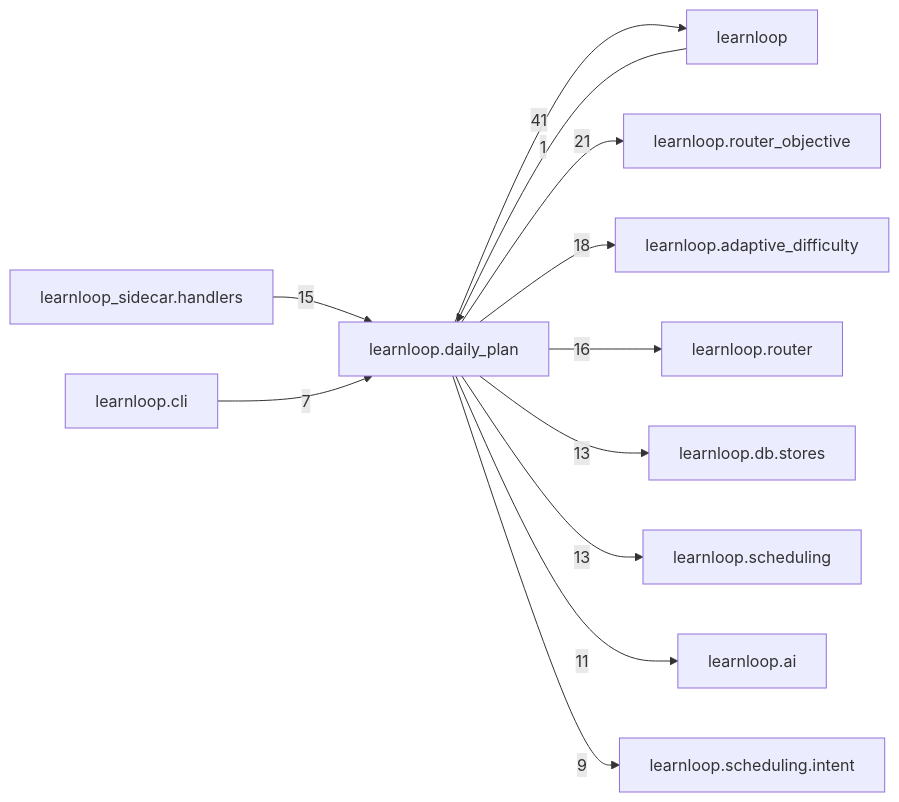
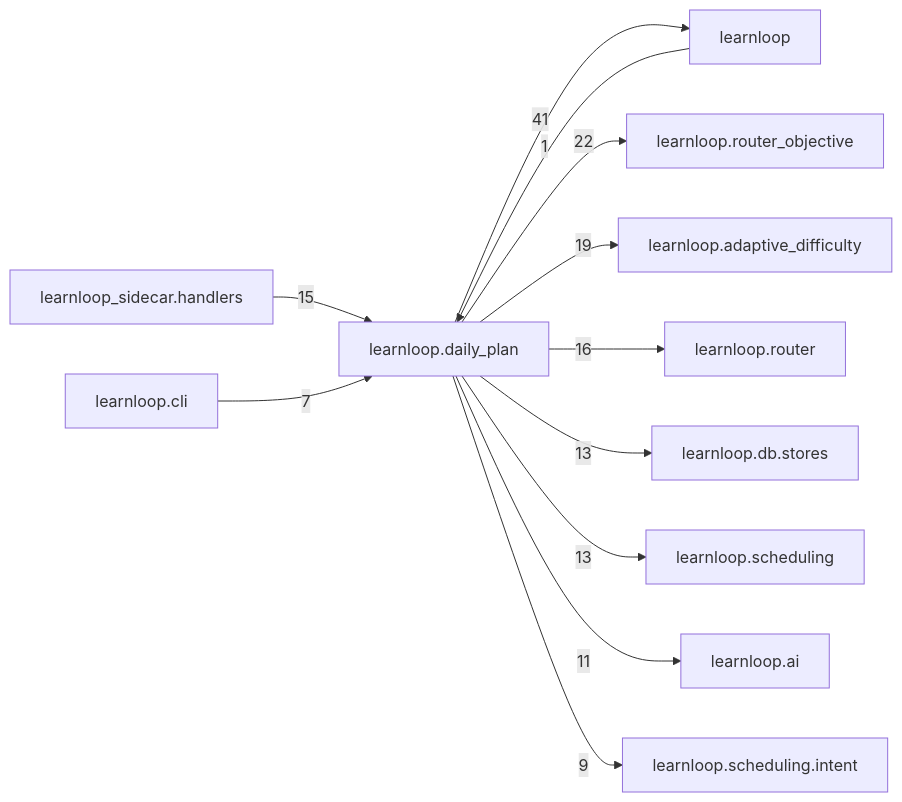
One commit to 6up-b/learnanything changed the diagram in docs/learnloop-architecture-vault/Reference/Modules/learnloop/daily_plan/_package.md. Above: the diagram before and after it, drawn with Mermaid. The commit also changed other lines of this file and 532 other files, not shown here.

First line of the commit message:
Router objective follow-ups: the record, the spec's as-built, the weeks test, the references

````diff
--- a/docs/learnloop-architecture-vault/Reference/Modules/learnloop/daily_plan/_package.md
+++ b/docs/learnloop-architecture-vault/Reference/Modules/learnloop/daily_plan/_package.md
@@ -158,25 +158,25 @@
 ```mermaid
 flowchart LR
     center["learnloop.daily_plan"]
     n_learnloop["learnloop"]
     n_learnloop_router_objective["learnloop.router_objective"]
     n_learnloop_adaptive_difficulty["learnloop.adaptive_difficulty"]
     n_learnloop_router["learnloop.router"]
     n_learnloop_sidecar_handlers["learnloop_sidecar.handlers"]
     n_learnloop_db_stores["learnloop.db.stores"]
     n_learnloop_scheduling["learnloop.scheduling"]
     n_learnloop_ai["learnloop.ai"]
     n_learnloop_scheduling_intent["learnloop.scheduling.intent"]
     n_learnloop_cli["learnloop.cli"]
     n_learnloop -->|1| center
     center -->|41| n_learnloop
-    center -->|21| n_learnloop_router_objective
-    center -->|18| n_learnloop_adaptive_difficulty
+    center -->|22| n_learnloop_router_objective
+    center -->|19| n_learnloop_adaptive_difficulty
     center -->|16| n_learnloop_router
     n_learnloop_sidecar_handlers -->|15| center
     center -->|13| n_learnloop_db_stores
     center -->|13| n_learnloop_scheduling
     center -->|11| n_learnloop_ai
     center -->|9| n_learnloop_scheduling_intent
     n_learnloop_cli -->|7| center
 ```
````
